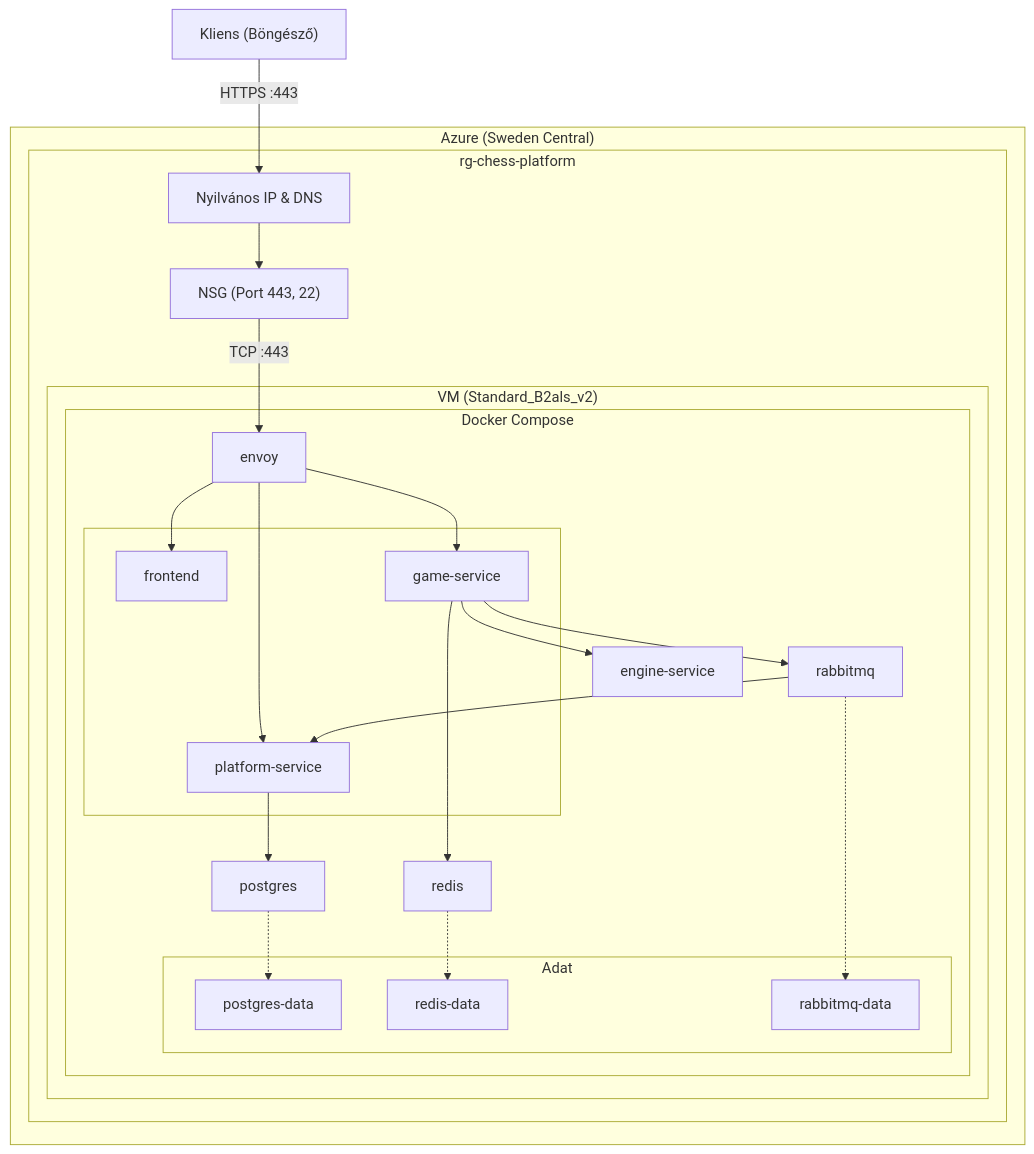
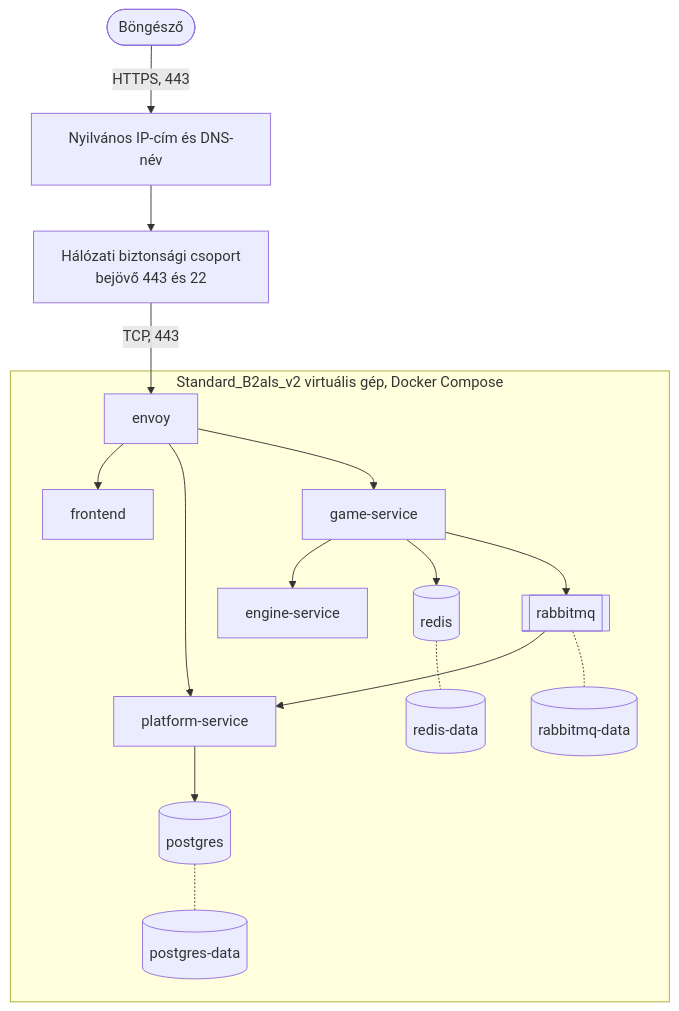
Before and after one commit to szoftarch-chess-platform/infra: diagram 11 of 19 in docs/system-design.md, drawn with Mermaid. The commit also changed other lines of this file, not shown here.

````diff
--- a/docs/system-design.md
+++ b/docs/system-design.md
@@ -958,52 +963,33 @@
 ```mermaid
-graph TD
-    Client["Kliens (Böngésző)"]
+flowchart TD
+    client(["Böngésző"])
+    pip["Nyilvános IP-cím és DNS-név"]
+    nsg["Hálózati biztonsági csoport<br/>bejövő 443 és 22"]
 
-    subgraph AzureCloud["Azure (Sweden Central)"]
-        subgraph RG["rg-chess-platform"]
-            PIP["Nyilvános IP & DNS"]
-            NSG["NSG (Port 443, 22)"]
-
-            subgraph VM["VM (Standard_B2als_v2)"]
-                subgraph DockerEngine["Docker Compose"]
-                    Envoy["envoy"]
-
-                    subgraph EdgeNet[" "]
-                        Frontend["frontend"]
-                        PlatformService["platform-service"]
-                        GameService["game-service"]
-                    end
-
-                    EngineService["engine-service"]
-                    Postgres["postgres"]
-                    Redis["redis"]
-                    RabbitMQ["rabbitmq"]
-
-                    subgraph Volumes["Adat"]
-                        VolPG["postgres-data"]
-                        VolRedis["redis-data"]
-                        VolRMQ["rabbitmq-data"]
-                    end
-                end
-            end
-        end
+    subgraph vm["Standard_B2als_v2 virtuális gép, Docker Compose"]
+        envoy["envoy"]
+        frontend["frontend"]
+        platform["platform-service"]
+        game["game-service"]
+        engine["engine-service"]
+        postgres[("postgres")]
+        redis[("redis")]
+        rabbitmq[["rabbitmq"]]
+        volpg[("postgres-data")]
+        volredis[("redis-data")]
+        volmq[("rabbitmq-data")]
     end
 
-    Client -->|HTTPS :443| PIP
-    PIP --> NSG
-    NSG -->|TCP :443| Envoy
-    Envoy --> Frontend
-    Envoy --> PlatformService
-    Envoy --> GameService
-
-    GameService --> EngineService
-    GameService --> Redis
-    GameService --> RabbitMQ
-
-    PlatformService --> Postgres
-    RabbitMQ --> PlatformService
-
-    Postgres -.-> VolPG
-    Redis -.-> VolRedis
-    RabbitMQ -.-> VolRMQ
+    client -->|"HTTPS, 443"| pip --> nsg -->|"TCP, 443"| envoy
+    envoy --> frontend
+    envoy --> platform
+    envoy --> game
+    game --> engine
+    game --> redis
+    game --> rabbitmq
+    rabbitmq --> platform
+    platform --> postgres
+    postgres -.- volpg
+    redis -.- volredis
+    rabbitmq -.- volmq
 ```
````
